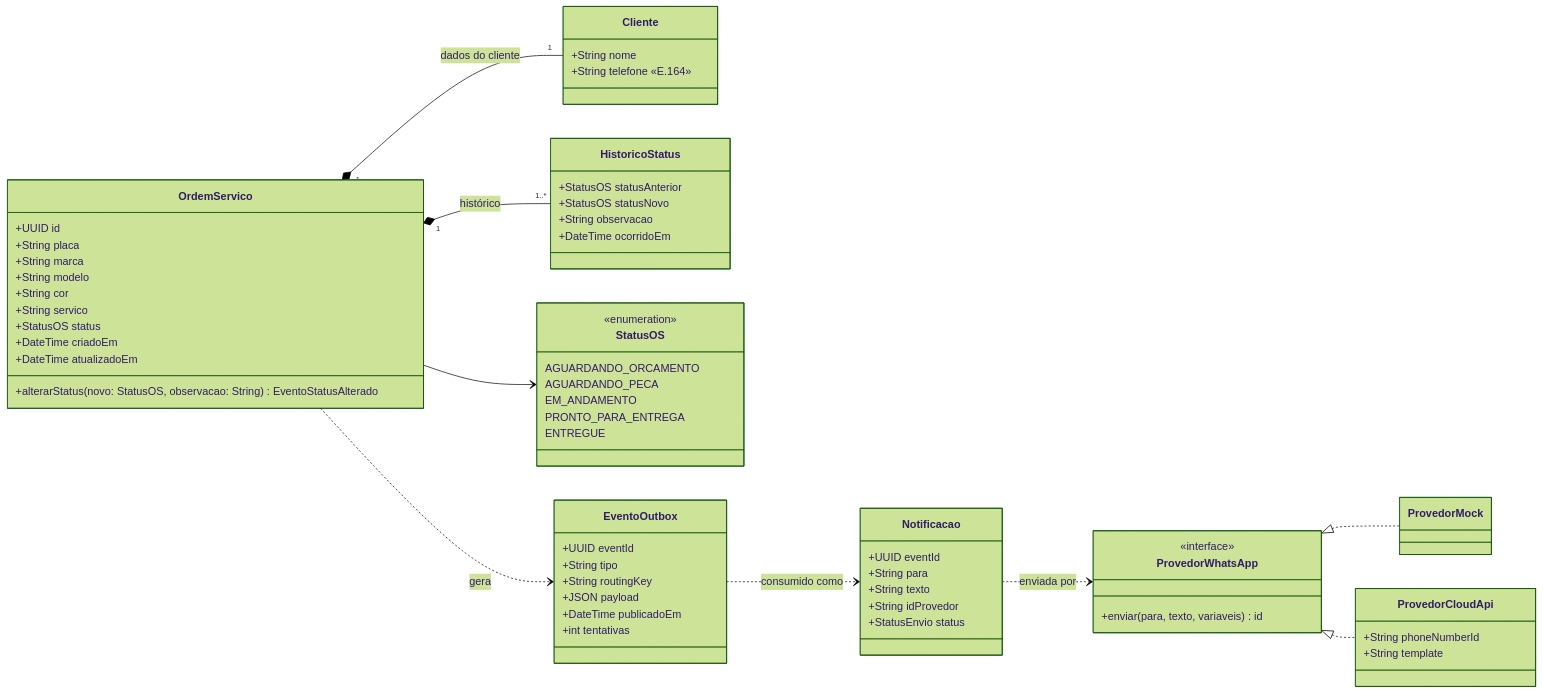
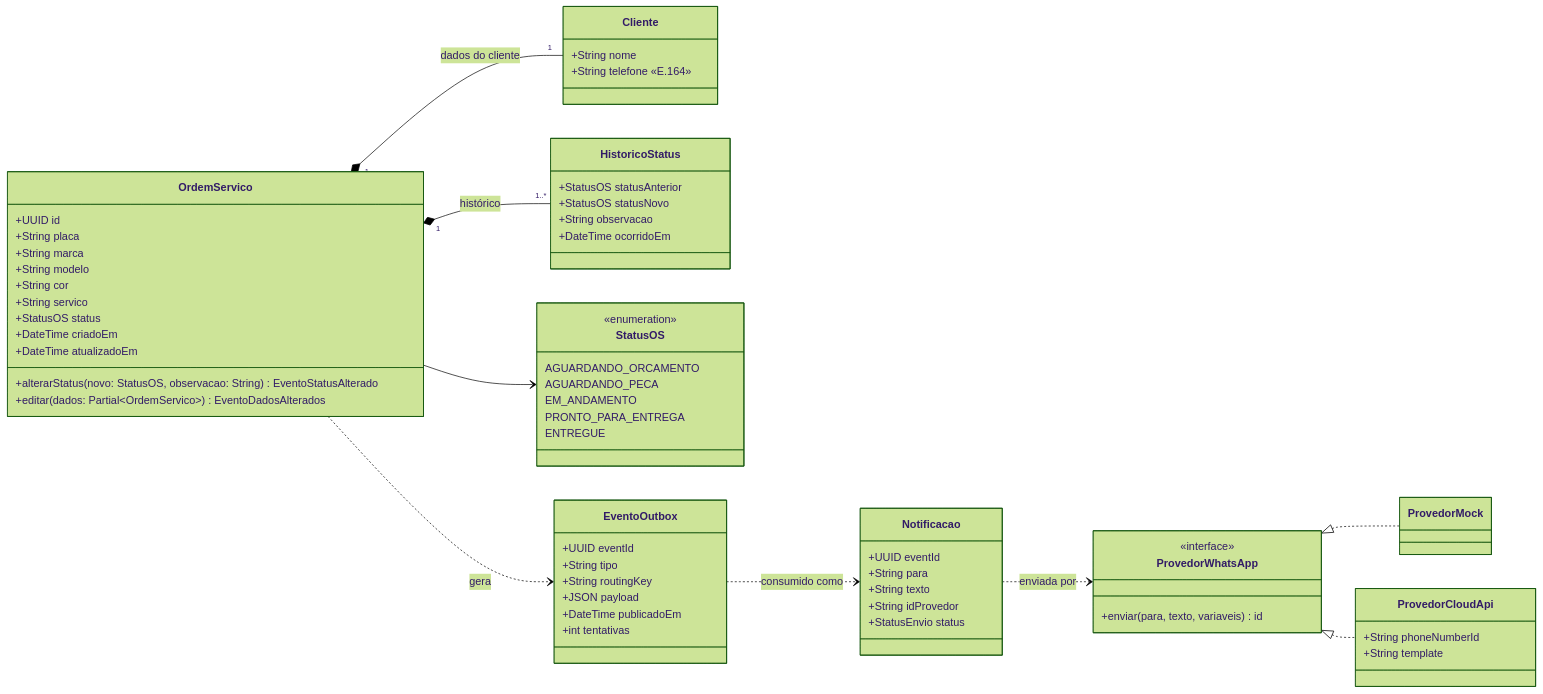
One commit to CarlosAlvesSantosJr/Gest-oDeVeiculos changed the second of 5 diagrams in docs/UML.md. Above: the diagram before and after it, drawn with Mermaid (forest theme). The commit also changed other lines of this file and 26 other files, not shown here.

````diff
--- a/docs/UML.md
+++ b/docs/UML.md
@@ -38,74 +44,75 @@
 ```mermaid
 classDiagram
     direction LR
 
     class OrdemServico {
         +UUID id
         +String placa
         +String marca
         +String modelo
         +String cor
         +String servico
         +StatusOS status
         +DateTime criadoEm
         +DateTime atualizadoEm
         +alterarStatus(novo: StatusOS, observacao: String) EventoStatusAlterado
+        +editar(dados: Partial~OrdemServico~) EventoDadosAlterados
     }
 
     class Cliente {
         +String nome
         +String telefone  «E.164»
     }
 
     class HistoricoStatus {
         +StatusOS statusAnterior
         +StatusOS statusNovo
         +String observacao
         +DateTime ocorridoEm
     }
 
     class StatusOS {
         <<enumeration>>
         AGUARDANDO_ORCAMENTO
         AGUARDANDO_PECA
         EM_ANDAMENTO
         PRONTO_PARA_ENTREGA
         ENTREGUE
     }
 
     class EventoOutbox {
         +UUID eventId
         +String tipo
         +String routingKey
         +JSON payload
         +DateTime publicadoEm
         +int tentativas
     }
 
     class Notificacao {
         +UUID eventId
         +String para
         +String texto
         +String idProvedor
         +StatusEnvio status
     }
 
     class ProvedorWhatsApp {
         <<interface>>
         +enviar(para, texto, variaveis) id
     }
     class ProvedorMock
     class ProvedorCloudApi {
         +String phoneNumberId
         +String template
     }
 
     OrdemServico "1" *-- "1" Cliente : dados do cliente
     OrdemServico "1" *-- "1..*" HistoricoStatus : histórico
     OrdemServico --> StatusOS
     OrdemServico ..> EventoOutbox : gera
     EventoOutbox ..> Notificacao : consumido como
     ProvedorWhatsApp <|.. ProvedorMock
     ProvedorWhatsApp <|.. ProvedorCloudApi
     Notificacao ..> ProvedorWhatsApp : enviada por
 ```
````
